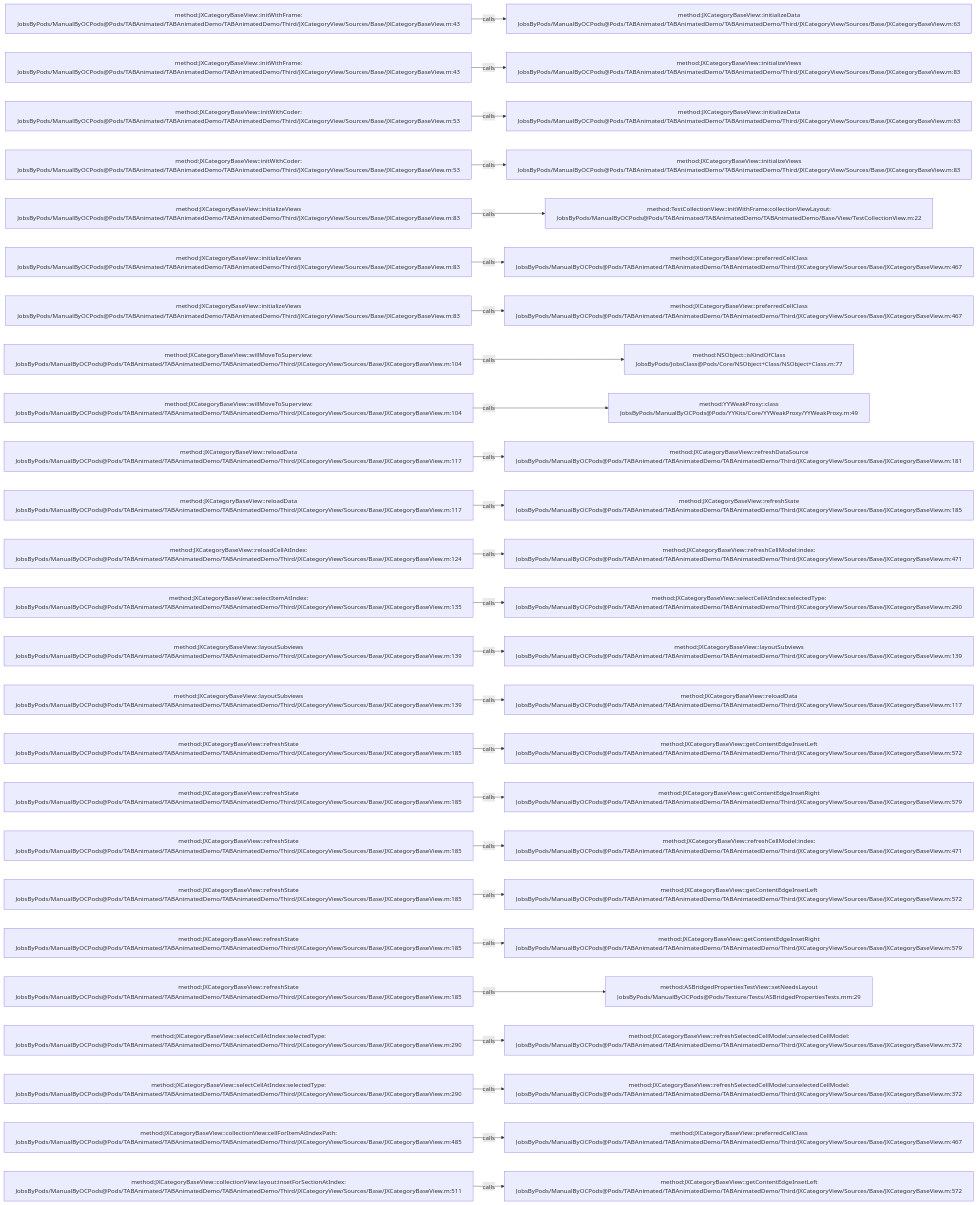
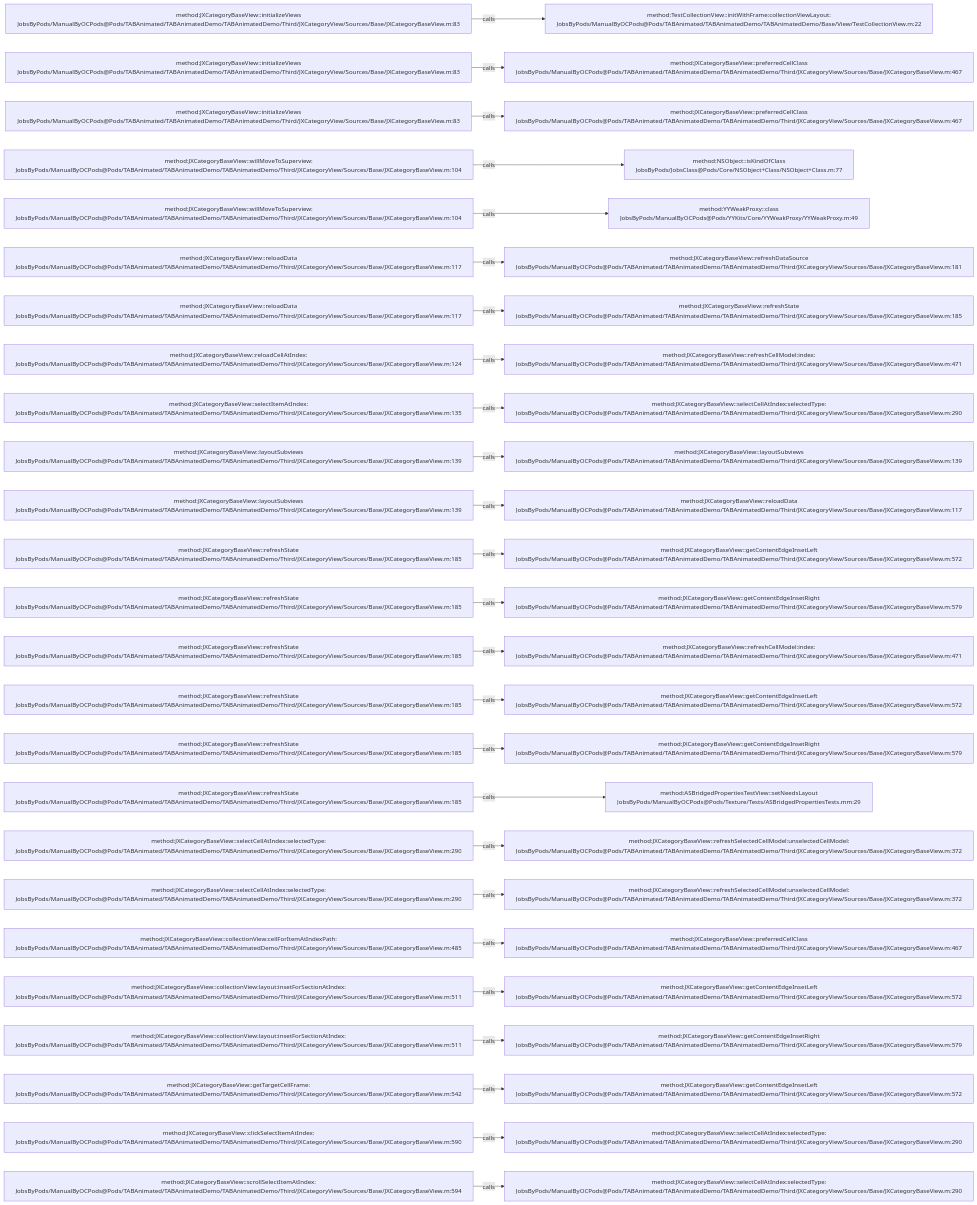
The diagram in .codegraph/codegraph.md/graphs/calls-039.md (JobsKits/JobsOCBaseConfigDemo), drawn with Mermaid before and after one commit. The commit also changed 727 other files, not shown here.

````diff
--- a/.codegraph/codegraph.md/graphs/calls-039.md
+++ b/.codegraph/codegraph.md/graphs/calls-039.md
@@ -13,78 +13,78 @@
 ```mermaid
 flowchart LR
-  S1["method:JXCategoryBaseView::initWithFrame:<br/>JobsByPods/ManualByOCPods@Pods/TABAnimated/TABAnimatedDemo/TABAnimatedDemo/Third/JXCategoryView/Sources/Base/JXCategoryBaseView.m:43"]
-  T1["method:JXCategoryBaseView::initializeData<br/>JobsByPods/ManualByOCPods@Pods/TABAnimated/TABAnimatedDemo/TABAnimatedDemo/Third/JXCategoryView/Sources/Base/JXCategoryBaseView.m:63"]
+  S1["method:JXCategoryBaseView::initializeViews<br/>JobsByPods/ManualByOCPods@Pods/TABAnimated/TABAnimatedDemo/TABAnimatedDemo/Third/JXCategoryView/Sources/Base/JXCategoryBaseView.m:83"]
+  T1["method:TestCollectionView::initWithFrame:collectionViewLayout:<br/>JobsByPods/ManualByOCPods@Pods/TABAnimated/TABAnimatedDemo/TABAnimatedDemo/Base/View/TestCollectionView.m:22"]
   S1 -->|calls| T1
-  S2["method:JXCategoryBaseView::initWithFrame:<br/>JobsByPods/ManualByOCPods@Pods/TABAnimated/TABAnimatedDemo/TABAnimatedDemo/Third/JXCategoryView/Sources/Base/JXCategoryBaseView.m:43"]
-  T2["method:JXCategoryBaseView::initializeViews<br/>JobsByPods/ManualByOCPods@Pods/TABAnimated/TABAnimatedDemo/TABAnimatedDemo/Third/JXCategoryView/Sources/Base/JXCategoryBaseView.m:83"]
+  S2["method:JXCategoryBaseView::initializeViews<br/>JobsByPods/ManualByOCPods@Pods/TABAnimated/TABAnimatedDemo/TABAnimatedDemo/Third/JXCategoryView/Sources/Base/JXCategoryBaseView.m:83"]
+  T2["method:JXCategoryBaseView::preferredCellClass<br/>JobsByPods/ManualByOCPods@Pods/TABAnimated/TABAnimatedDemo/TABAnimatedDemo/Third/JXCategoryView/Sources/Base/JXCategoryBaseView.m:467"]
   S2 -->|calls| T2
-  S3["method:JXCategoryBaseView::initWithCoder:<br/>JobsByPods/ManualByOCPods@Pods/TABAnimated/TABAnimatedDemo/TABAnimatedDemo/Third/JXCategoryView/Sources/Base/JXCategoryBaseView.m:53"]
-  T3["method:JXCategoryBaseView::initializeData<br/>JobsByPods/ManualByOCPods@Pods/TABAnimated/TABAnimatedDemo/TABAnimatedDemo/Third/JXCategoryView/Sources/Base/JXCategoryBaseView.m:63"]
+  S3["method:JXCategoryBaseView::initializeViews<br/>JobsByPods/ManualByOCPods@Pods/TABAnimated/TABAnimatedDemo/TABAnimatedDemo/Third/JXCategoryView/Sources/Base/JXCategoryBaseView.m:83"]
+  T3["method:JXCategoryBaseView::preferredCellClass<br/>JobsByPods/ManualByOCPods@Pods/TABAnimated/TABAnimatedDemo/TABAnimatedDemo/Third/JXCategoryView/Sources/Base/JXCategoryBaseView.m:467"]
   S3 -->|calls| T3
-  S4["method:JXCategoryBaseView::initWithCoder:<br/>JobsByPods/ManualByOCPods@Pods/TABAnimated/TABAnimatedDemo/TABAnimatedDemo/Third/JXCategoryView/Sources/Base/JXCategoryBaseView.m:53"]
-  T4["method:JXCategoryBaseView::initializeViews<br/>JobsByPods/ManualByOCPods@Pods/TABAnimated/TABAnimatedDemo/TABAnimatedDemo/Third/JXCategoryView/Sources/Base/JXCategoryBaseView.m:83"]
+  S4["method:JXCategoryBaseView::willMoveToSuperview:<br/>JobsByPods/ManualByOCPods@Pods/TABAnimated/TABAnimatedDemo/TABAnimatedDemo/Third/JXCategoryView/Sources/Base/JXCategoryBaseView.m:104"]
+  T4["method:NSObject::isKindOfClass<br/>JobsByPods/JobsClass@Pods/Core/NSObject+Class/NSObject+Class.m:77"]
   S4 -->|calls| T4
-  S5["method:JXCategoryBaseView::initializeViews<br/>JobsByPods/ManualByOCPods@Pods/TABAnimated/TABAnimatedDemo/TABAnimatedDemo/Third/JXCategoryView/Sources/Base/JXCategoryBaseView.m:83"]
-  T5["method:TestCollectionView::initWithFrame:collectionViewLayout:<br/>JobsByPods/ManualByOCPods@Pods/TABAnimated/TABAnimatedDemo/TABAnimatedDemo/Base/View/TestCollectionView.m:22"]
+  S5["method:JXCategoryBaseView::willMoveToSuperview:<br/>JobsByPods/ManualByOCPods@Pods/TABAnimated/TABAnimatedDemo/TABAnimatedDemo/Third/JXCategoryView/Sources/Base/JXCategoryBaseView.m:104"]
+  T5["method:YYWeakProxy::class<br/>JobsByPods/ManualByOCPods@Pods/YYKits/Core/YYWeakProxy/YYWeakProxy.m:49"]
   S5 -->|calls| T5
-  S6["method:JXCategoryBaseView::initializeViews<br/>JobsByPods/ManualByOCPods@Pods/TABAnimated/TABAnimatedDemo/TABAnimatedDemo/Third/JXCategoryView/Sources/Base/JXCategoryBaseView.m:83"]
-  T6["method:JXCategoryBaseView::preferredCellClass<br/>JobsByPods/ManualByOCPods@Pods/TABAnimated/TABAnimatedDemo/TABAnimatedDemo/Third/JXCategoryView/Sources/Base/JXCategoryBaseView.m:467"]
+  S6["method:JXCategoryBaseView::reloadData<br/>JobsByPods/ManualByOCPods@Pods/TABAnimated/TABAnimatedDemo/TABAnimatedDemo/Third/JXCategoryView/Sources/Base/JXCategoryBaseView.m:117"]
+  T6["method:JXCategoryBaseView::refreshDataSource<br/>JobsByPods/ManualByOCPods@Pods/TABAnimated/TABAnimatedDemo/TABAnimatedDemo/Third/JXCategoryView/Sources/Base/JXCategoryBaseView.m:181"]
   S6 -->|calls| T6
-  S7["method:JXCategoryBaseView::initializeViews<br/>JobsByPods/ManualByOCPods@Pods/TABAnimated/TABAnimatedDemo/TABAnimatedDemo/Third/JXCategoryView/Sources/Base/JXCategoryBaseView.m:83"]
-  T7["method:JXCategoryBaseView::preferredCellClass<br/>JobsByPods/ManualByOCPods@Pods/TABAnimated/TABAnimatedDemo/TABAnimatedDemo/Third/JXCategoryView/Sources/Base/JXCategoryBaseView.m:467"]
+  S7["method:JXCategoryBaseView::reloadData<br/>JobsByPods/ManualByOCPods@Pods/TABAnimated/TABAnimatedDemo/TABAnimatedDemo/Third/JXCategoryView/Sources/Base/JXCategoryBaseView.m:117"]
+  T7["method:JXCategoryBaseView::refreshState<br/>JobsByPods/ManualByOCPods@Pods/TABAnimated/TABAnimatedDemo/TABAnimatedDemo/Third/JXCategoryView/Sources/Base/JXCategoryBaseView.m:185"]
   S7 -->|calls| T7
-  S8["method:JXCategoryBaseView::willMoveToSuperview:<br/>JobsByPods/ManualByOCPods@Pods/TABAnimated/TABAnimatedDemo/TABAnimatedDemo/Third/JXCategoryView/Sources/Base/JXCategoryBaseView.m:104"]
-  T8["method:NSObject::isKindOfClass<br/>JobsByPods/JobsClass@Pods/Core/NSObject+Class/NSObject+Class.m:77"]
+  S8["method:JXCategoryBaseView::reloadCellAtIndex:<br/>JobsByPods/ManualByOCPods@Pods/TABAnimated/TABAnimatedDemo/TABAnimatedDemo/Third/JXCategoryView/Sources/Base/JXCategoryBaseView.m:124"]
+  T8["method:JXCategoryBaseView::refreshCellModel:index:<br/>JobsByPods/ManualByOCPods@Pods/TABAnimated/TABAnimatedDemo/TABAnimatedDemo/Third/JXCategoryView/Sources/Base/JXCategoryBaseView.m:471"]
   S8 -->|calls| T8
-  S9["method:JXCategoryBaseView::willMoveToSuperview:<br/>JobsByPods/ManualByOCPods@Pods/TABAnimated/TABAnimatedDemo/TABAnimatedDemo/Third/JXCategoryView/Sources/Base/JXCategoryBaseView.m:104"]
-  T9["method:YYWeakProxy::class<br/>JobsByPods/ManualByOCPods@Pods/YYKits/Core/YYWeakProxy/YYWeakProxy.m:49"]
+  S9["method:JXCategoryBaseView::selectItemAtIndex:<br/>JobsByPods/ManualByOCPods@Pods/TABAnimated/TABAnimatedDemo/TABAnimatedDemo/Third/JXCategoryView/Sources/Base/JXCategoryBaseView.m:135"]
+  T9["method:JXCategoryBaseView::selectCellAtIndex:selectedType:<br/>JobsByPods/ManualByOCPods@Pods/TABAnimated/TABAnimatedDemo/TABAnimatedDemo/Third/JXCategoryView/Sources/Base/JXCategoryBaseView.m:290"]
   S9 -->|calls| T9
-  S10["method:JXCategoryBaseView::reloadData<br/>JobsByPods/ManualByOCPods@Pods/TABAnimated/TABAnimatedDemo/TABAnimatedDemo/Third/JXCategoryView/Sources/Base/JXCategoryBaseView.m:117"]
-  T10["method:JXCategoryBaseView::refreshDataSource<br/>JobsByPods/ManualByOCPods@Pods/TABAnimated/TABAnimatedDemo/TABAnimatedDemo/Third/JXCategoryView/Sources/Base/JXCategoryBaseView.m:181"]
+  S10["method:JXCategoryBaseView::layoutSubviews<br/>JobsByPods/ManualByOCPods@Pods/TABAnimated/TABAnimatedDemo/TABAnimatedDemo/Third/JXCategoryView/Sources/Base/JXCategoryBaseView.m:139"]
+  T10["method:JXCategoryBaseView::layoutSubviews<br/>JobsByPods/ManualByOCPods@Pods/TABAnimated/TABAnimatedDemo/TABAnimatedDemo/Third/JXCategoryView/Sources/Base/JXCategoryBaseView.m:139"]
   S10 -->|calls| T10
-  S11["method:JXCategoryBaseView::reloadData<br/>JobsByPods/ManualByOCPods@Pods/TABAnimated/TABAnimatedDemo/TABAnimatedDemo/Third/JXCategoryView/Sources/Base/JXCategoryBaseView.m:117"]
-  T11["method:JXCategoryBaseView::refreshState<br/>JobsByPods/ManualByOCPods@Pods/TABAnimated/TABAnimatedDemo/TABAnimatedDemo/Third/JXCategoryView/Sources/Base/JXCategoryBaseView.m:185"]
+  S11["method:JXCategoryBaseView::layoutSubviews<br/>JobsByPods/ManualByOCPods@Pods/TABAnimated/TABAnimatedDemo/TABAnimatedDemo/Third/JXCategoryView/Sources/Base/JXCategoryBaseView.m:139"]
+  T11["method:JXCategoryBaseView::reloadData<br/>JobsByPods/ManualByOCPods@Pods/TABAnimated/TABAnimatedDemo/TABAnimatedDemo/Third/JXCategoryView/Sources/Base/JXCategoryBaseView.m:117"]
   S11 -->|calls| T11
-  S12["method:JXCategoryBaseView::reloadCellAtIndex:<br/>JobsByPods/ManualByOCPods@Pods/TABAnimated/TABAnimatedDemo/TABAnimatedDemo/Third/JXCategoryView/Sources/Base/JXCategoryBaseView.m:124"]
-  T12["method:JXCategoryBaseView::refreshCellModel:index:<br/>JobsByPods/ManualByOCPods@Pods/TABAnimated/TABAnimatedDemo/TABAnimatedDemo/Third/JXCategoryView/Sources/Base/JXCategoryBaseView.m:471"]
+  S12["method:JXCategoryBaseView::refreshState<br/>JobsByPods/ManualByOCPods@Pods/TABAnimated/TABAnimatedDemo/TABAnimatedDemo/Third/JXCategoryView/Sources/Base/JXCategoryBaseView.m:185"]
+  T12["method:JXCategoryBaseView::getContentEdgeInsetLeft<br/>JobsByPods/ManualByOCPods@Pods/TABAnimated/TABAnimatedDemo/TABAnimatedDemo/Third/JXCategoryView/Sources/Base/JXCategoryBaseView.m:572"]
   S12 -->|calls| T12
-  S13["method:JXCategoryBaseView::selectItemAtIndex:<br/>JobsByPods/ManualByOCPods@Pods/TABAnimated/TABAnimatedDemo/TABAnimatedDemo/Third/JXCategoryView/Sources/Base/JXCategoryBaseView.m:135"]
-  T13["method:JXCategoryBaseView::selectCellAtIndex:selectedType:<br/>JobsByPods/ManualByOCPods@Pods/TABAnimated/TABAnimatedDemo/TABAnimatedDemo/Third/JXCategoryView/Sources/Base/JXCategoryBaseView.m:290"]
+  S13["method:JXCategoryBaseView::refreshState<br/>JobsByPods/ManualByOCPods@Pods/TABAnimated/TABAnimatedDemo/TABAnimatedDemo/Third/JXCategoryView/Sources/Base/JXCategoryBaseView.m:185"]
+  T13["method:JXCategoryBaseView::getContentEdgeInsetRight<br/>JobsByPods/ManualByOCPods@Pods/TABAnimated/TABAnimatedDemo/TABAnimatedDemo/Third/JXCategoryView/Sources/Base/JXCategoryBaseView.m:579"]
   S13 -->|calls| T13
-  S14["method:JXCategoryBaseView::layoutSubviews<br/>JobsByPods/ManualByOCPods@Pods/TABAnimated/TABAnimatedDemo/TABAnimatedDemo/Third/JXCategoryView/Sources/Base/JXCategoryBaseView.m:139"]
-  T14["method:JXCategoryBaseView::layoutSubviews<br/>JobsByPods/ManualByOCPods@Pods/TABAnimated/TABAnimatedDemo/TABAnimatedDemo/Third/JXCategoryView/Sources/Base/JXCategoryBaseView.m:139"]
+  S14["method:JXCategoryBaseView::refreshState<br/>JobsByPods/ManualByOCPods@Pods/TABAnimated/TABAnimatedDemo/TABAnimatedDemo/Third/JXCategoryView/Sources/Base/JXCategoryBaseView.m:185"]
+  T14["method:JXCategoryBaseView::refreshCellModel:index:<br/>JobsByPods/ManualByOCPods@Pods/TABAnimated/TABAnimatedDemo/TABAnimatedDemo/Third/JXCategoryView/Sources/Base/JXCategoryBaseView.m:471"]
   S14 -->|calls| T14
-  S15["method:JXCategoryBaseView::layoutSubviews<br/>JobsByPods/ManualByOCPods@Pods/TABAnimated/TABAnimatedDemo/TABAnimatedDemo/Third/JXCategoryView/Sources/Base/JXCategoryBaseView.m:139"]
-  T15["method:JXCategoryBaseView::reloadData<br/>JobsByPods/ManualByOCPods@Pods/TABAnimated/TABAnimatedDemo/TABAnimatedDemo/Third/JXCategoryView/Sources/Base/JXCategoryBaseView.m:117"]
+  S15["method:JXCategoryBaseView::refreshState<br/>JobsByPods/ManualByOCPods@Pods/TABAnimated/TABAnimatedDemo/TABAnimatedDemo/Third/JXCategoryView/Sources/Base/JXCategoryBaseView.m:185"]
+  T15["method:JXCategoryBaseView::getContentEdgeInsetLeft<br/>JobsByPods/ManualByOCPods@Pods/TABAnimated/TABAnimatedDemo/TABAnimatedDemo/Third/JXCategoryView/Sources/Base/JXCategoryBaseView.m:572"]
   S15 -->|calls| T15
   S16["method:JXCategoryBaseView::refreshState<br/>JobsByPods/ManualByOCPods@Pods/TABAnimated/TABAnimatedDemo/TABAnimatedDemo/Third/JXCategoryView/Sources/Base/JXCategoryBaseView.m:185"]
-  T16["method:JXCategoryBaseView::getContentEdgeInsetLeft<br/>JobsByPods/ManualByOCPods@Pods/TABAnimated/TABAnimatedDemo/TABAnimatedDemo/Third/JXCategoryView/Sources/Base/JXCategoryBaseView.m:572"]
+  T16["method:JXCategoryBaseView::getContentEdgeInsetRight<br/>JobsByPods/ManualByOCPods@Pods/TABAnimated/TABAnimatedDemo/TABAnimatedDemo/Third/JXCategoryView/Sources/Base/JXCategoryBaseView.m:579"]
   S16 -->|calls| T16
   S17["method:JXCategoryBaseView::refreshState<br/>JobsByPods/ManualByOCPods@Pods/TABAnimated/TABAnimatedDemo/TABAnimatedDemo/Third/JXCategoryView/Sources/Base/JXCategoryBaseView.m:185"]
-  T17["method:JXCategoryBaseView::getContentEdgeInsetRight<br/>JobsByPods/ManualByOCPods@Pods/TABAnimated/TABAnimatedDemo/TABAnimatedDemo/Third/JXCategoryView/Sources/Base/JXCategoryBaseView.m:579"]
+  T17["method:ASBridgedPropertiesTestView::setNeedsLayout<br/>JobsByPods/ManualByOCPods@Pods/Texture/Tests/ASBridgedPropertiesTests.mm:29"]
   S17 -->|calls| T17
-  S18["method:JXCategoryBaseView::refreshState<br/>JobsByPods/ManualByOCPods@Pods/TABAnimated/TABAnimatedDemo/TABAnimatedDemo/Third/JXCategoryView/Sources/Base/JXCategoryBaseView.m:185"]
-  T18["method:JXCategoryBaseView::refreshCellModel:index:<br/>JobsByPods/ManualByOCPods@Pods/TABAnimated/TABAnimatedDemo/TABAnimatedDemo/Third/JXCategoryView/Sources/Base/JXCategoryBaseView.m:471"]
+  S18["method:JXCategoryBaseView::selectCellAtIndex:selectedType:<br/>JobsByPods/ManualByOCPods@Pods/TABAnimated/TABAnimatedDemo/TABAnimatedDemo/Third/JXCategoryView/Sources/Base/JXCategoryBaseView.m:290"]
+  T18["method:JXCategoryBaseView::refreshSelectedCellModel:unselectedCellModel:<br/>JobsByPods/ManualByOCPods@Pods/TABAnimated/TABAnimatedDemo/TABAnimatedDemo/Third/JXCategoryView/Sources/Base/JXCategoryBaseView.m:372"]
   S18 -->|calls| T18
-  S19["method:JXCategoryBaseView::refreshState<br/>JobsByPods/ManualByOCPods@Pods/TABAnimated/TABAnimatedDemo/TABAnimatedDemo/Third/JXCategoryView/Sources/Base/JXCategoryBaseView.m:185"]
-  T19["method:JXCategoryBaseView::getContentEdgeInsetLeft<br/>JobsByPods/ManualByOCPods@Pods/TABAnimated/TABAnimatedDemo/TABAnimatedDemo/Third/JXCategoryView/Sources/Base/JXCategoryBaseView.m:572"]
+  S19["method:JXCategoryBaseView::selectCellAtIndex:selectedType:<br/>JobsByPods/ManualByOCPods@Pods/TABAnimated/TABAnimatedDemo/TABAnimatedDemo/Third/JXCategoryView/Sources/Base/JXCategoryBaseView.m:290"]
+  T19["method:JXCategoryBaseView::refreshSelectedCellModel:unselectedCellModel:<br/>JobsByPods/ManualByOCPods@Pods/TABAnimated/TABAnimatedDemo/TABAnimatedDemo/Third/JXCategoryView/Sources/Base/JXCategoryBaseView.m:372"]
   S19 -->|calls| T19
-  S20["method:JXCategoryBaseView::refreshState<br/>JobsByPods/ManualByOCPods@Pods/TABAnimated/TABAnimatedDemo/TABAnimatedDemo/Third/JXCategoryView/Sources/Base/JXCategoryBaseView.m:185"]
-  T20["method:JXCategoryBaseView::getContentEdgeInsetRight<br/>JobsByPods/ManualByOCPods@Pods/TABAnimated/TABAnimatedDemo/TABAnimatedDemo/Third/JXCategoryView/Sources/Base/JXCategoryBaseView.m:579"]
+  S20["method:JXCategoryBaseView::collectionView:cellForItemAtIndexPath:<br/>JobsByPods/ManualByOCPods@Pods/TABAnimated/TABAnimatedDemo/TABAnimatedDemo/Third/JXCategoryView/Sources/Base/JXCategoryBaseView.m:485"]
+  T20["method:JXCategoryBaseView::preferredCellClass<br/>JobsByPods/ManualByOCPods@Pods/TABAnimated/TABAnimatedDemo/TABAnimatedDemo/Third/JXCategoryView/Sources/Base/JXCategoryBaseView.m:467"]
   S20 -->|calls| T20
-  S21["method:JXCategoryBaseView::refreshState<br/>JobsByPods/ManualByOCPods@Pods/TABAnimated/TABAnimatedDemo/TABAnimatedDemo/Third/JXCategoryView/Sources/Base/JXCategoryBaseView.m:185"]
-  T21["method:ASBridgedPropertiesTestView::setNeedsLayout<br/>JobsByPods/ManualByOCPods@Pods/Texture/Tests/ASBridgedPropertiesTests.mm:29"]
+  S21["method:JXCategoryBaseView::collectionView:layout:insetForSectionAtIndex:<br/>JobsByPods/ManualByOCPods@Pods/TABAnimated/TABAnimatedDemo/TABAnimatedDemo/Third/JXCategoryView/Sources/Base/JXCategoryBaseView.m:511"]
+  T21["method:JXCategoryBaseView::getContentEdgeInsetLeft<br/>JobsByPods/ManualByOCPods@Pods/TABAnimated/TABAnimatedDemo/TABAnimatedDemo/Third/JXCategoryView/Sources/Base/JXCategoryBaseView.m:572"]
   S21 -->|calls| T21
-  S22["method:JXCategoryBaseView::selectCellAtIndex:selectedType:<br/>JobsByPods/ManualByOCPods@Pods/TABAnimated/TABAnimatedDemo/TABAnimatedDemo/Third/JXCategoryView/Sources/Base/JXCategoryBaseView.m:290"]
-  T22["method:JXCategoryBaseView::refreshSelectedCellModel:unselectedCellModel:<br/>JobsByPods/ManualByOCPods@Pods/TABAnimated/TABAnimatedDemo/TABAnimatedDemo/Third/JXCategoryView/Sources/Base/JXCategoryBaseView.m:372"]
+  S22["method:JXCategoryBaseView::collectionView:layout:insetForSectionAtIndex:<br/>JobsByPods/ManualByOCPods@Pods/TABAnimated/TABAnimatedDemo/TABAnimatedDemo/Third/JXCategoryView/Sources/Base/JXCategoryBaseView.m:511"]
+  T22["method:JXCategoryBaseView::getContentEdgeInsetRight<br/>JobsByPods/ManualByOCPods@Pods/TABAnimated/TABAnimatedDemo/TABAnimatedDemo/Third/JXCategoryView/Sources/Base/JXCategoryBaseView.m:579"]
   S22 -->|calls| T22
-  S23["method:JXCategoryBaseView::selectCellAtIndex:selectedType:<br/>JobsByPods/ManualByOCPods@Pods/TABAnimated/TABAnimatedDemo/TABAnimatedDemo/Third/JXCategoryView/Sources/Base/JXCategoryBaseView.m:290"]
-  T23["method:JXCategoryBaseView::refreshSelectedCellModel:unselectedCellModel:<br/>JobsByPods/ManualByOCPods@Pods/TABAnimated/TABAnimatedDemo/TABAnimatedDemo/Third/JXCategoryView/Sources/Base/JXCategoryBaseView.m:372"]
+  S23["method:JXCategoryBaseView::getTargetCellFrame:<br/>JobsByPods/ManualByOCPods@Pods/TABAnimated/TABAnimatedDemo/TABAnimatedDemo/Third/JXCategoryView/Sources/Base/JXCategoryBaseView.m:542"]
+  T23["method:JXCategoryBaseView::getContentEdgeInsetLeft<br/>JobsByPods/ManualByOCPods@Pods/TABAnimated/TABAnimatedDemo/TABAnimatedDemo/Third/JXCategoryView/Sources/Base/JXCategoryBaseView.m:572"]
   S23 -->|calls| T23
-  S24["method:JXCategoryBaseView::collectionView:cellForItemAtIndexPath:<br/>JobsByPods/ManualByOCPods@Pods/TABAnimated/TABAnimatedDemo/TABAnimatedDemo/Third/JXCategoryView/Sources/Base/JXCategoryBaseView.m:485"]
-  T24["method:JXCategoryBaseView::preferredCellClass<br/>JobsByPods/ManualByOCPods@Pods/TABAnimated/TABAnimatedDemo/TABAnimatedDemo/Third/JXCategoryView/Sources/Base/JXCategoryBaseView.m:467"]
+  S24["method:JXCategoryBaseView::clickSelectItemAtIndex:<br/>JobsByPods/ManualByOCPods@Pods/TABAnimated/TABAnimatedDemo/TABAnimatedDemo/Third/JXCategoryView/Sources/Base/JXCategoryBaseView.m:590"]
+  T24["method:JXCategoryBaseView::selectCellAtIndex:selectedType:<br/>JobsByPods/ManualByOCPods@Pods/TABAnimated/TABAnimatedDemo/TABAnimatedDemo/Third/JXCategoryView/Sources/Base/JXCategoryBaseView.m:290"]
   S24 -->|calls| T24
-  S25["method:JXCategoryBaseView::collectionView:layout:insetForSectionAtIndex:<br/>JobsByPods/ManualByOCPods@Pods/TABAnimated/TABAnimatedDemo/TABAnimatedDemo/Third/JXCategoryView/Sources/Base/JXCategoryBaseView.m:511"]
-  T25["method:JXCategoryBaseView::getContentEdgeInsetLeft<br/>JobsByPods/ManualByOCPods@Pods/TABAnimated/TABAnimatedDemo/TABAnimatedDemo/Third/JXCategoryView/Sources/Base/JXCategoryBaseView.m:572"]
+  S25["method:JXCategoryBaseView::scrollSelectItemAtIndex:<br/>JobsByPods/ManualByOCPods@Pods/TABAnimated/TABAnimatedDemo/TABAnimatedDemo/Third/JXCategoryView/Sources/Base/JXCategoryBaseView.m:594"]
+  T25["method:JXCategoryBaseView::selectCellAtIndex:selectedType:<br/>JobsByPods/ManualByOCPods@Pods/TABAnimated/TABAnimatedDemo/TABAnimatedDemo/Third/JXCategoryView/Sources/Base/JXCategoryBaseView.m:290"]
   S25 -->|calls| T25
 ```
````
